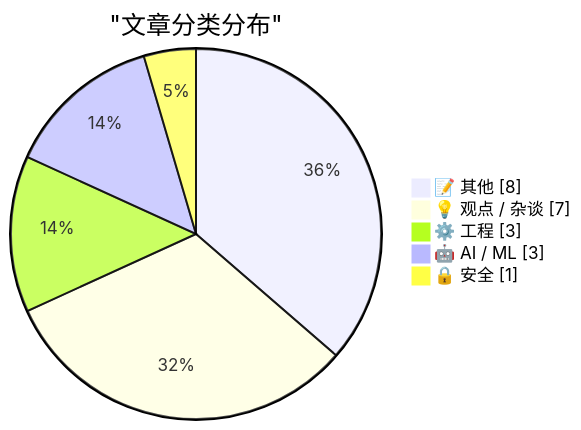
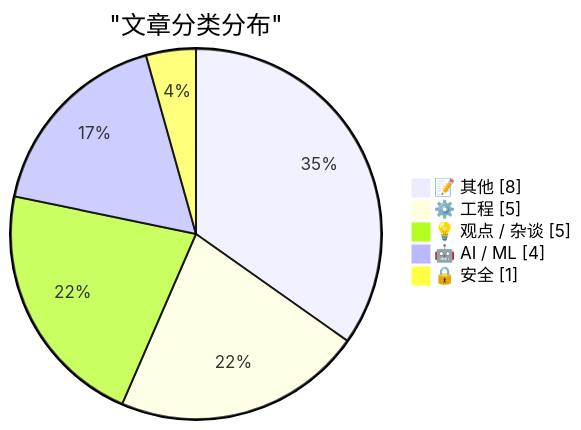
Before and after one commit to hustlyt/ai-daily-digest: the first of 2 diagrams in src/content/digest/2026-02-26.md, drawn with Mermaid. The commit also changed other lines of this file, not shown here.

````diff
--- a/src/content/digest/2026-02-26.md
+++ b/src/content/digest/2026-02-26.md
@@ -60,9 +70,9 @@
 ```mermaid
 pie showData
     title "文章分类分布"
     "📝 其他" : 8
-    "💡 观点 / 杂谈" : 7
-    "⚙️ 工程" : 3
-    "🤖 AI / ML" : 3
+    "⚙️ 工程" : 5
+    "💡 观点 / 杂谈" : 5
+    "🤖 AI / ML" : 4
     "🔒 安全" : 1
 ```
````
